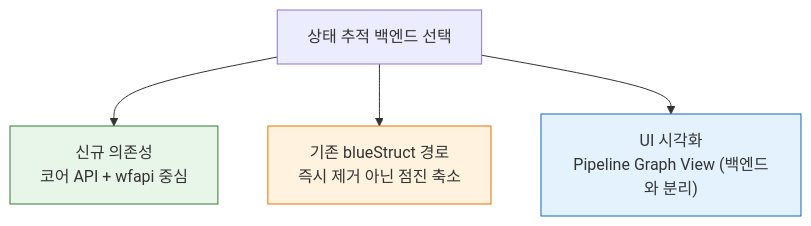
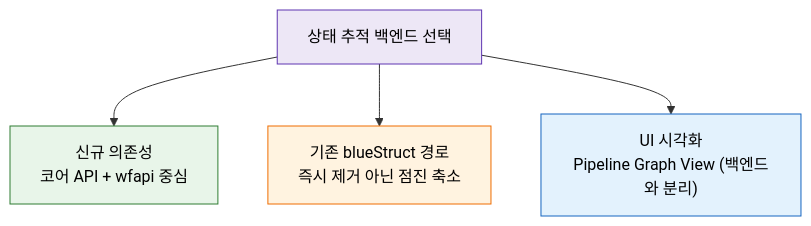
The first of 2 diagrams in write/07_devops/02_Jenkins/04_api/06-03.상태 추적 API 현대화와 Blue Ocean 해석.md (scofe97/StduyWrite), drawn with Mermaid before and after one commit. The commit also changed other lines of this file and 26 other files, not shown here.

````diff
--- a/write/07_devops/02_Jenkins/04_api/06-03.상태 추적 API 현대화와 Blue Ocean 해석.md
+++ b/write/07_devops/02_Jenkins/04_api/06-03.상태 추적 API 현대화와 Blue Ocean 해석.md
@@ -48,15 +58,16 @@
 ```mermaid
 flowchart TB
     NEED["상태 추적 백엔드 선택"]
     CORE["신규 의존성<br/>코어 API + wfapi 중심"]
     BO["기존 blueStruct 경로<br/>즉시 제거 아닌 점진 축소"]
     UI["UI 시각화<br/>Pipeline Graph View (백엔드와 분리)"]
 
     NEED --> CORE
     NEED --> BO
     NEED --> UI
 
-    style CORE fill:#e8f5e9,stroke:#2e7d32,color:#333
-    style BO fill:#fff3e0,stroke:#ef6c00,color:#333
-    style UI fill:#e3f2fd,stroke:#1565c0,color:#333
+    style NEED fill:#ede7f6,stroke:#5e35b1,color:#000
+    style CORE fill:#e8f5e9,stroke:#2e7d32,color:#000
+    style BO fill:#fff3e0,stroke:#ef6c00,color:#000
+    style UI fill:#e3f2fd,stroke:#1565c0,color:#000
 ```
````
